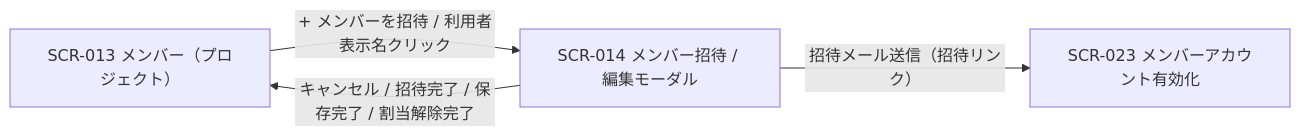
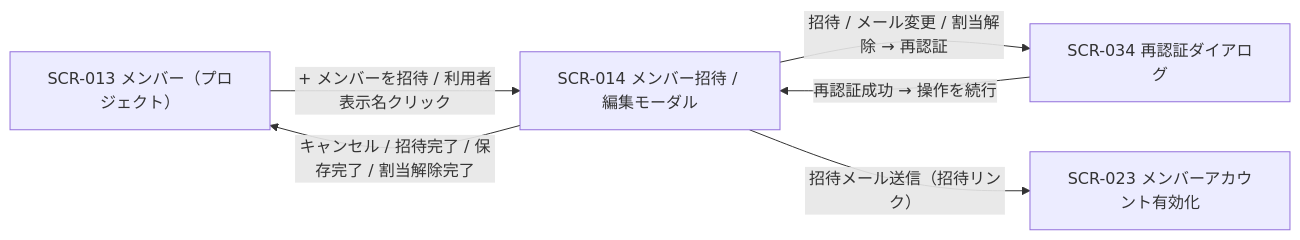
One commit to sikakou54/open-faq changed the diagram in 02_basic_design/01_frontend/01_screens/SCR-014.md. Above: the diagram before and after it, drawn with Mermaid. The commit also changed other lines of this file and 99 other files, not shown here.

````diff
--- a/02_basic_design/01_frontend/01_screens/SCR-014.md
+++ b/02_basic_design/01_frontend/01_screens/SCR-014.md
@@ -28,9 +28,12 @@
 ```mermaid
 flowchart LR
   S1["SCR-013 メンバー（プロジェクト）"]
   S2["SCR-014 メンバー招待 / 編集モーダル"]
   S3["SCR-023 メンバーアカウント有効化"]
+  S4["SCR-034 再認証ダイアログ"]
   S1 -->|+ メンバーを招待 / 利用者表示名クリック| S2
+  S2 -->|招待 / メール変更 / 割当解除 → 再認証| S4
+  S4 -->|再認証成功 → 操作を続行| S2
   S2 -->|キャンセル / 招待完了 / 保存完了 / 割当解除完了| S1
   S2 -->|招待メール送信（招待リンク）| S3
 ```
````
